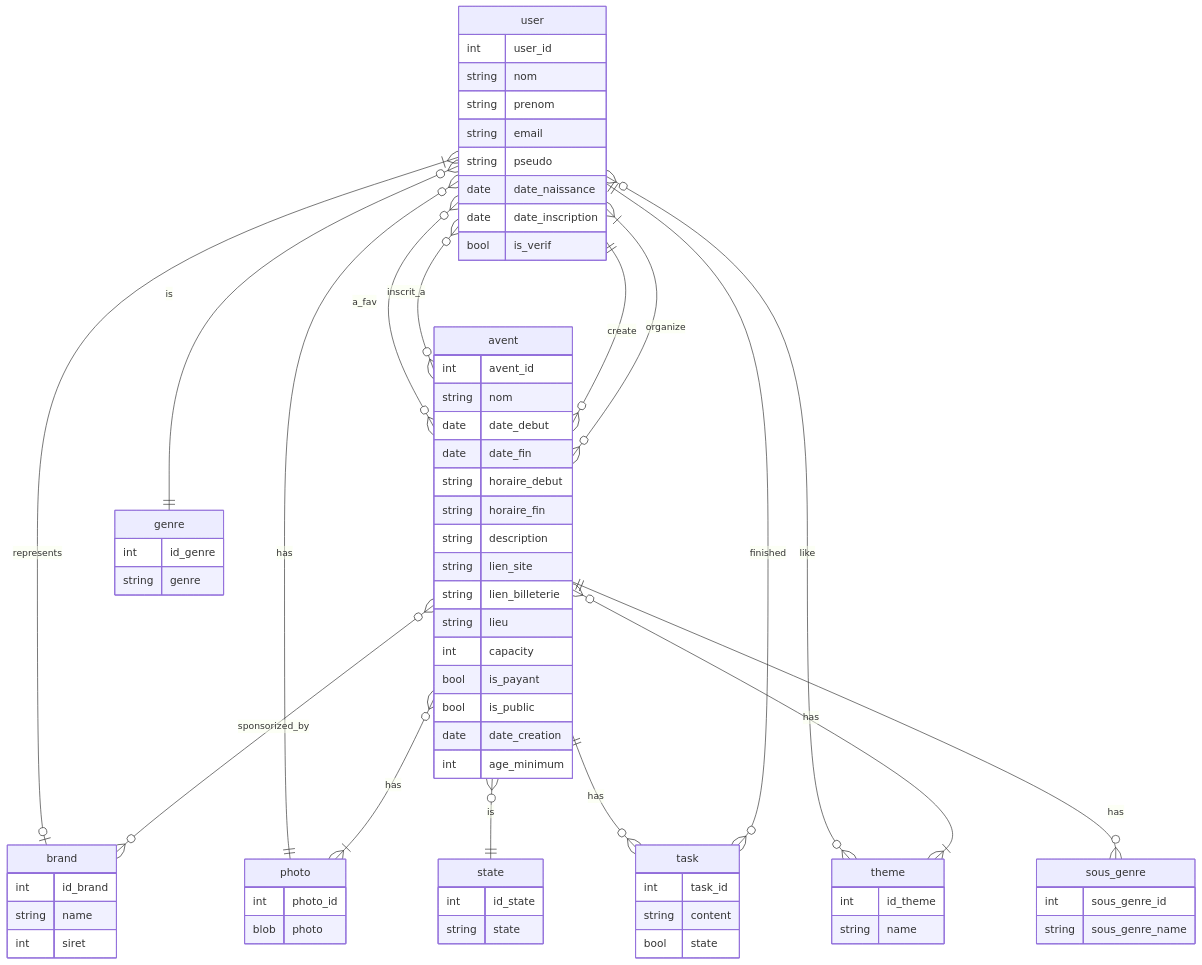
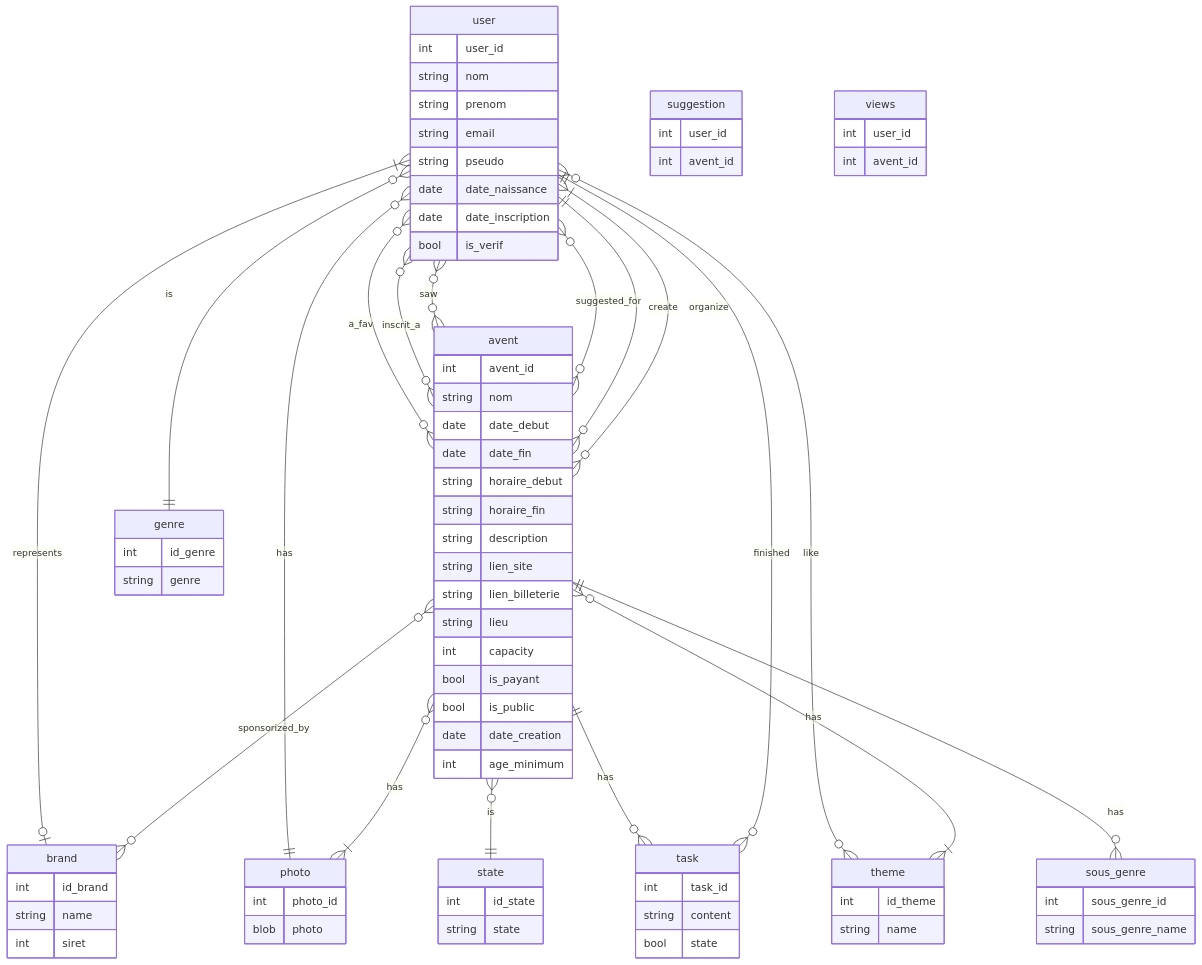
One commit to AnisChara/Avent changed the diagram in Doc/db_diagramm.md. Above: the diagram before and after it, drawn with Mermaid. The commit also changed 3 other files, not shown here.

Commit message:
new_diagramm_w_views

```diff
--- a/Doc/db_diagramm.md
+++ b/Doc/db_diagramm.md
@@ -70,12 +70,24 @@
         string sous_genre_name
     }
 
+    suggestion {
+        int user_id
+        int avent_id
+    }
+
+    views {
+        int user_id
+        int avent_id
+    }
+
     user }|--o| brand : represents
     user }o--|| genre : is
     user }o--|| photo : has
     user }o--o{ avent : a_fav
     user }o--o{ theme : like 
     user }o--o{ avent : inscrit_a
+    user }o--o{ avent : saw
+    user }o--o{ avent : suggested_for
     
     avent }o--|| state : is
     avent }o--|| user : create
```
